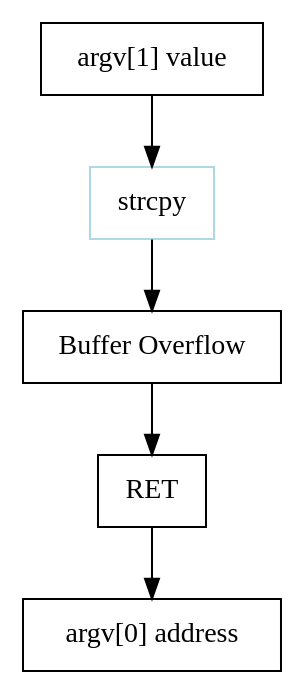
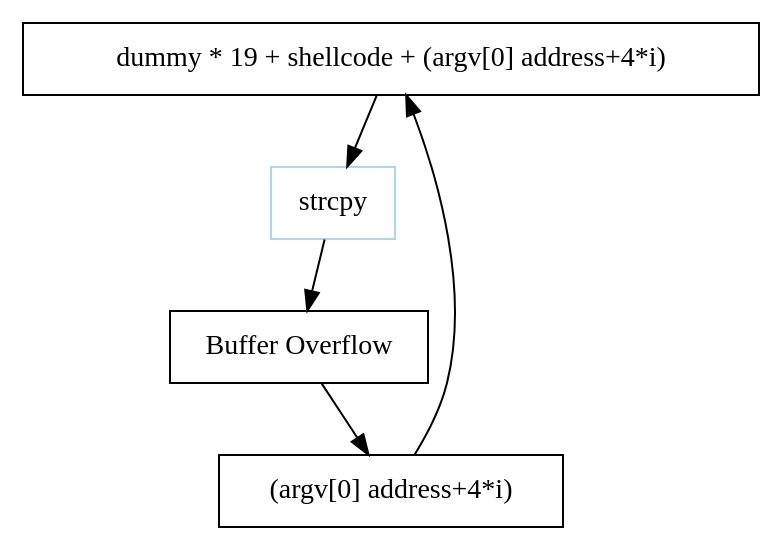
The diagram in docs/wargame/pwnable/lob8.rst (joizel/ctf_writeup), drawn with Graphviz before and after one commit. The commit also changed other lines of this file and 11 other files, not shown here.

```diff
--- a/docs/wargame/pwnable/lob8.rst
+++ b/docs/wargame/pwnable/lob8.rst
@@ -5,11 +5,10 @@
 .. graphviz::
 
     digraph foo {
-        a -> b -> c -> d -> e;
+        a -> b -> c -> d -> a;
 
-        a [shape=box, label="argv[1] value"];
+        a [shape=box, label="dummy * 19 + shellcode + (argv[0] address+4*i)"];
         b [shape=box, color=lightblue, label="strcpy"];
         c [shape=box, label="Buffer Overflow"];
-        d [shape=box, label="RET"];
-        e [shape=box, label="argv[0] address"];
+        d [shape=box, label="(argv[0] address+4*i)"];
     }
```
